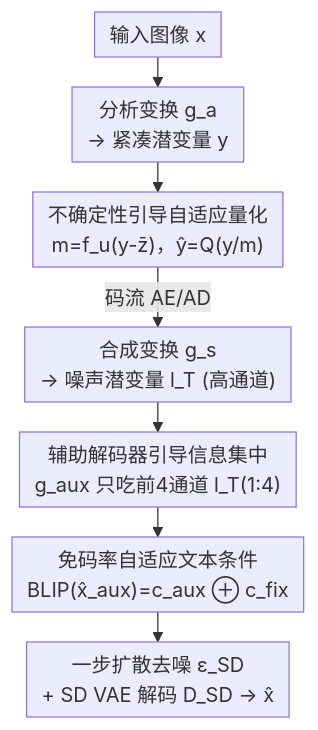
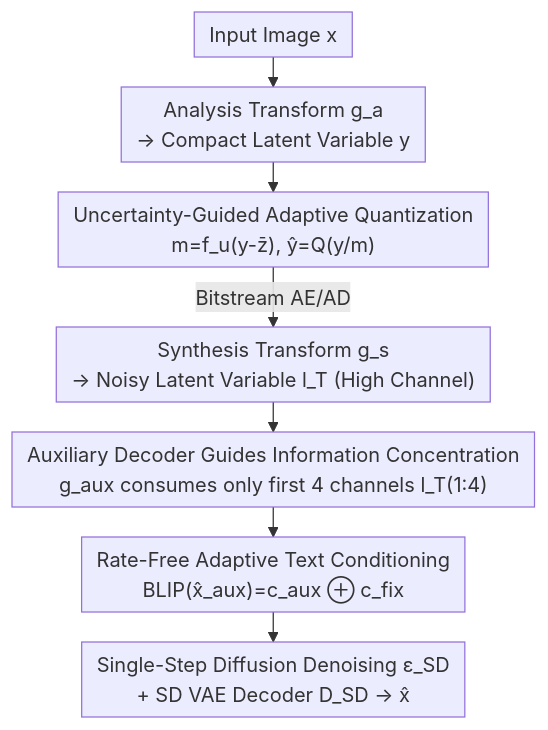
Before and after one commit to zhaoyang97/Paper-Notes-en: the diagram in docs/CVPR2026/model_compression/cadc_content_adaptive_diffusion-based_generative_image_compression.md, drawn with Mermaid. The commit also changed 644 other files, not shown here.

````diff
--- a/docs/CVPR2026/model_compression/cadc_content_adaptive_diffusion-based_generative_image_compression.md
+++ b/docs/CVPR2026/model_compression/cadc_content_adaptive_diffusion-based_generative_image_compression.md
@@ -45,10 +45,10 @@
 ```mermaid
 %%{init: {'flowchart': {'rankSpacing': 24, 'nodeSpacing': 28, 'padding': 6, 'wrappingWidth': 400}}}%%
 flowchart TD
-    A["输入图像 x"] --> B["分析变换 g_a<br/>→ 紧凑潜变量 y"]
-    B --> C["不确定性引导自适应量化<br/>m=f_u(y-z̄)，ŷ=Q(y/m)"]
-    C -->|码流 AE/AD| D["合成变换 g_s<br/>→ 噪声潜变量 l_T (高通道)"]
-    D --> E["辅助解码器引导信息集中<br/>g_aux 只吃前4通道 l_T(1:4)"]
-    E --> F["免码率自适应文本条件<br/>BLIP(x̂_aux)=c_aux ⊕ c_fix"]
-    F --> G["一步扩散去噪 ε_SD<br/>+ SD VAE 解码 D_SD → x̂"]
+    A["Input Image x"] --> B["Analysis Transform g_a<br/>→ Compact Latent Variable y"]
+    B --> C["Uncertainty-Guided Adaptive Quantization<br/>m=f_u(y-z̄), ŷ=Q(y/m)"]
+    C -->|Bitstream AE/AD| D["Synthesis Transform g_s<br/>→ Noisy Latent Variable l_T (High Channel)"]
+    D --> E["Auxiliary Decoder Guides Information Concentration<br/>g_aux consumes only first 4 channels l_T(1:4)"]
+    E --> F["Rate-Free Adaptive Text Conditioning<br/>BLIP(x̂_aux)=c_aux ⊕ c_fix"]
+    F --> G["Single-Step Diffusion Denoising ε_SD<br/>+ SD VAE Decoder D_SD → x̂"]
 ```
````
